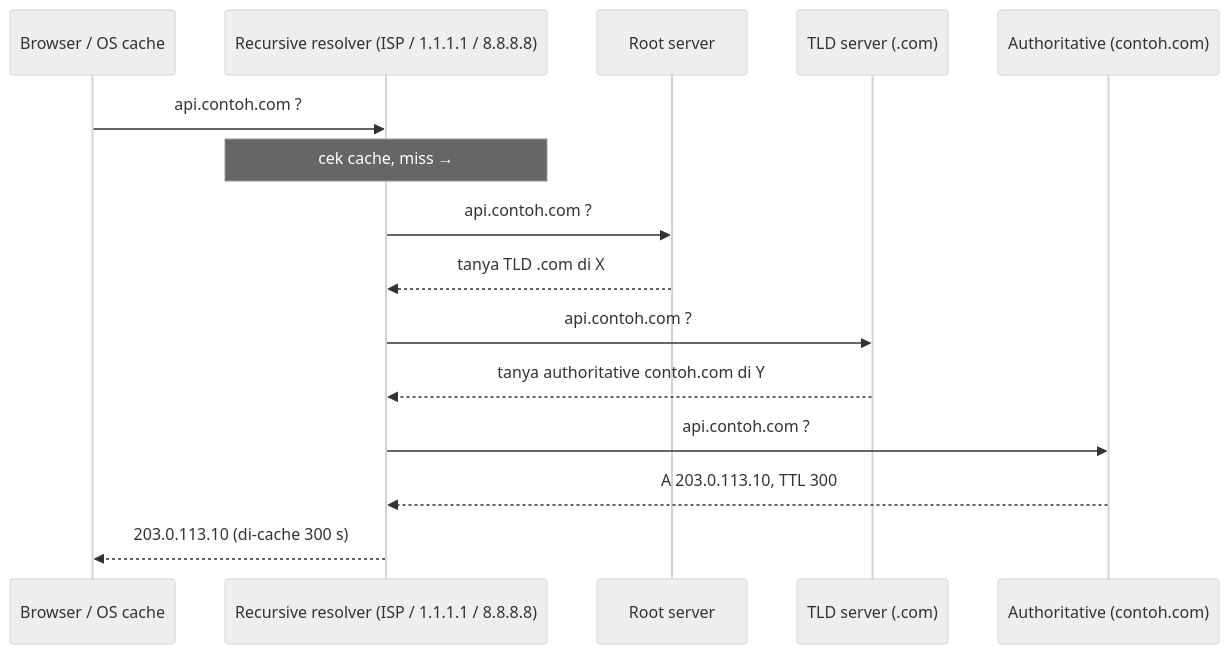
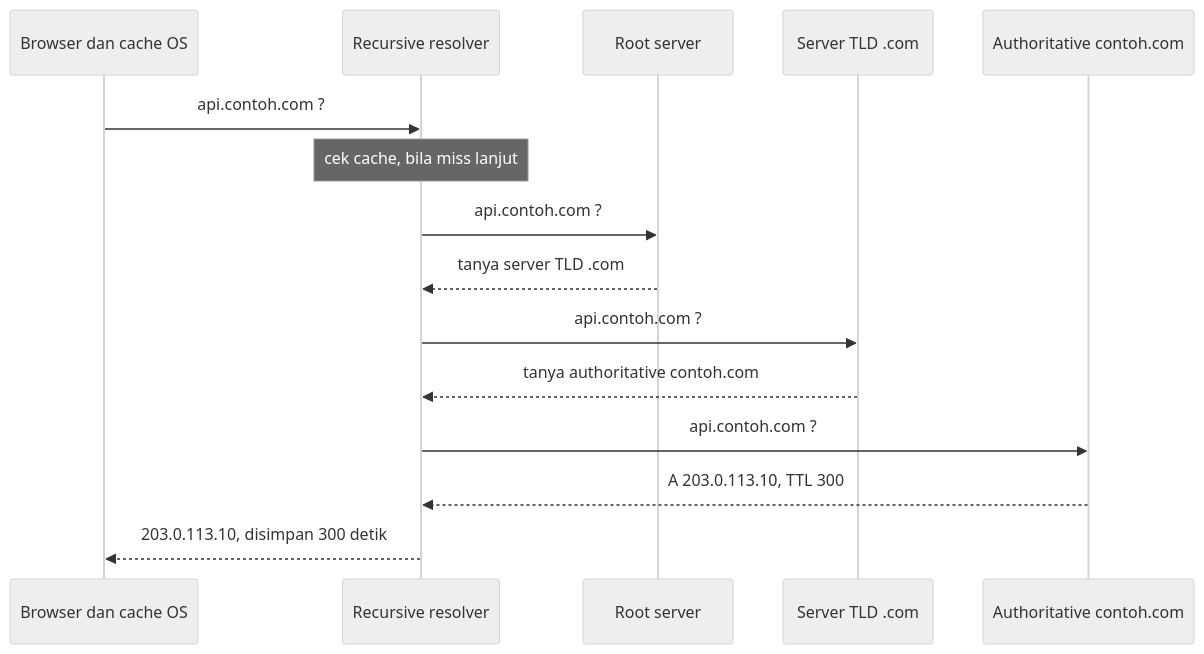
Before and after one commit to andreanpradanaa/sysdesign-lab: the first of 2 diagrams in src/content/lessons/bagian-2/dns.mdx, drawn with Mermaid (neutral theme). The commit also changed other lines of this file and 18 other files, not shown here.

````diff
--- a/src/content/lessons/bagian-2/dns.mdx
+++ b/src/content/lessons/bagian-2/dns.mdx
@@ -93,17 +93,17 @@
 ```mermaid
 sequenceDiagram
-  participant B as Browser / OS cache
-  participant R as Recursive resolver (ISP / 1.1.1.1 / 8.8.8.8)
+  participant B as Browser dan cache OS
+  participant R as Recursive resolver
   participant Root as Root server
-  participant TLD as TLD server (.com)
-  participant Auth as Authoritative (contoh.com)
+  participant TLD as Server TLD .com
+  participant Auth as Authoritative contoh.com
   B->>R: api.contoh.com ?
-  Note over R: cek cache, miss →
+  Note over R: cek cache, bila miss lanjut
   R->>Root: api.contoh.com ?
-  Root-->>R: tanya TLD .com di X
+  Root-->>R: tanya server TLD .com
   R->>TLD: api.contoh.com ?
-  TLD-->>R: tanya authoritative contoh.com di Y
+  TLD-->>R: tanya authoritative contoh.com
   R->>Auth: api.contoh.com ?
   Auth-->>R: A 203.0.113.10, TTL 300
-  R-->>B: 203.0.113.10 (di-cache 300 s)
+  R-->>B: 203.0.113.10, disimpan 300 detik
 ```
````
